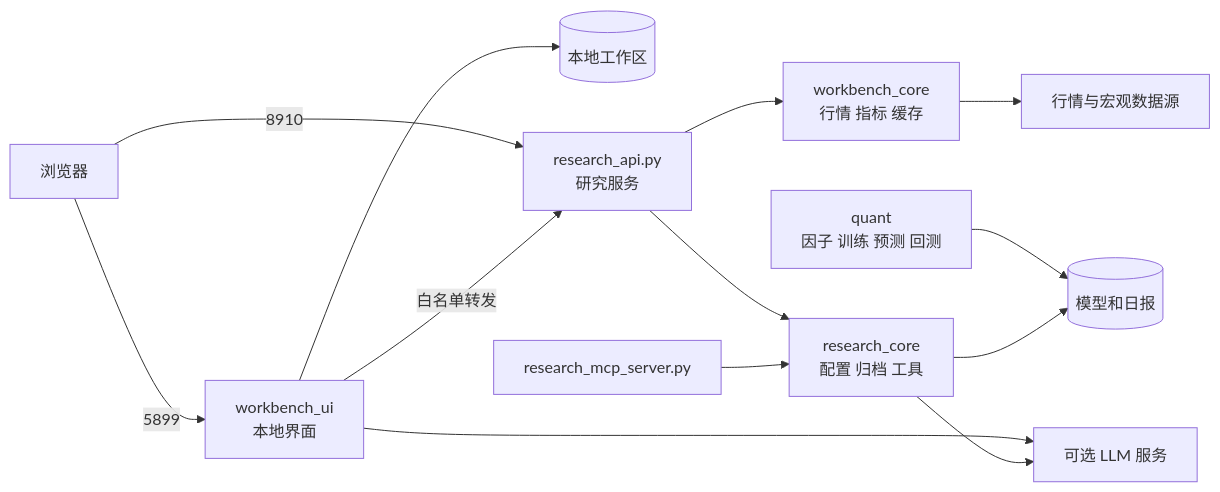
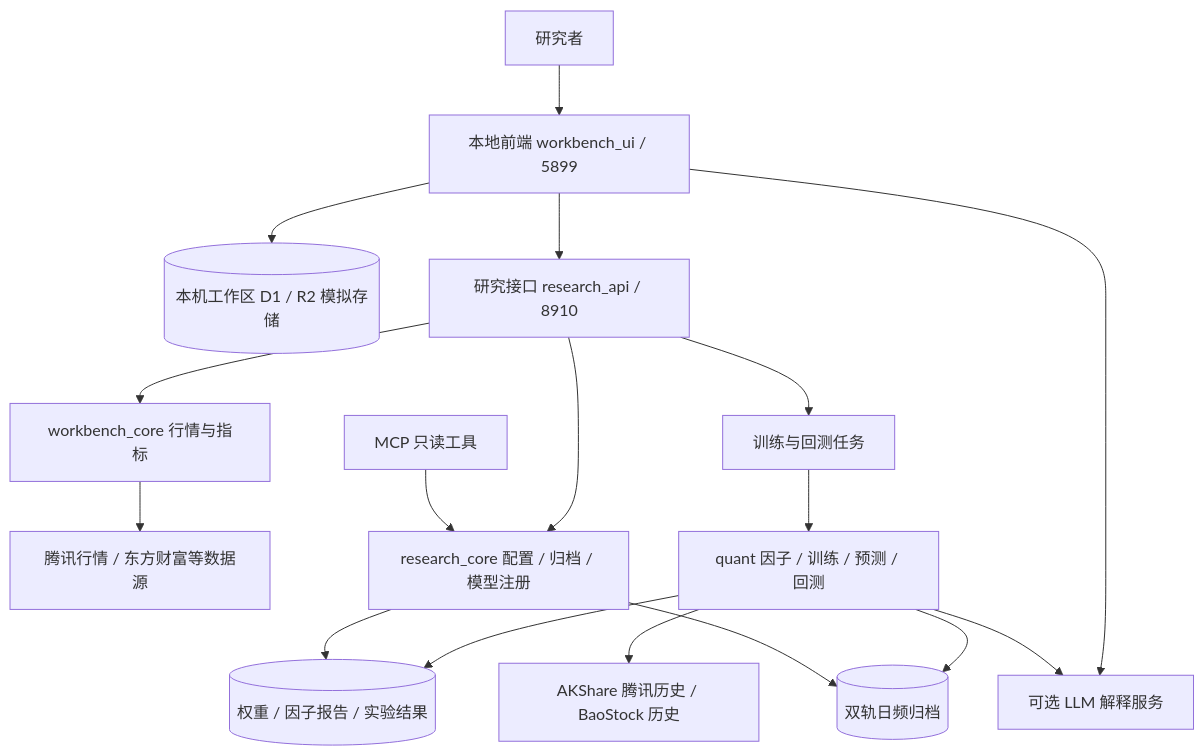
The first of 3 diagrams in README.md (MottoZ123/dualalpha-lite), drawn with Mermaid before and after one commit. The commit also changed other lines of this file and 6 other files, not shown here.

````diff
--- a/README.md
+++ b/README.md
@@ -19,15 +28,19 @@
 ```mermaid
-flowchart LR
-  Browser[浏览器] -->|5899| UI[workbench_ui<br/>本地界面]
-  UI --> LocalDB[(本地工作区)]
-  Browser -->|8910| API[research_api.py<br/>研究服务]
-  UI -->|白名单转发| API
-  API --> Core[workbench_core<br/>行情 指标 缓存]
-  API --> Research[research_core<br/>配置 归档 工具]
-  Core --> Sources[行情与宏观数据源]
-  Quant[quant<br/>因子 训练 预测 回测] --> Artifacts[(模型和日报)]
+flowchart TB
+  User[研究者] --> UI[本地前端 workbench_ui / 5899]
+  UI --> Workspace[(本机工作区 D1 / R2 模拟存储)]
+  UI --> API[研究接口 research_api / 8910]
+  API --> Market[workbench_core 行情与指标]
+  Market --> Sources[腾讯行情 / 东方财富等数据源]
+  API --> Research[research_core 配置 / 归档 / 模型注册]
+  API --> Jobs[训练与回测任务]
+  Jobs --> Quant[quant 因子 / 训练 / 预测 / 回测]
+  Quant --> History[AKShare 腾讯历史 / BaoStock 历史]
+  Quant --> Artifacts[(权重 / 因子报告 / 实验结果)]
   Research --> Artifacts
-  UI --> LLM[可选 LLM 服务]
-  Research --> LLM
-  MCP[research_mcp_server.py] --> Research
+  Quant --> Daily[(双轨日频归档)]
+  Research --> Daily
+  UI --> LLM[可选 LLM 解释服务]
+  Quant --> LLM
+  MCP[MCP 只读工具] --> Research
 ```
````
